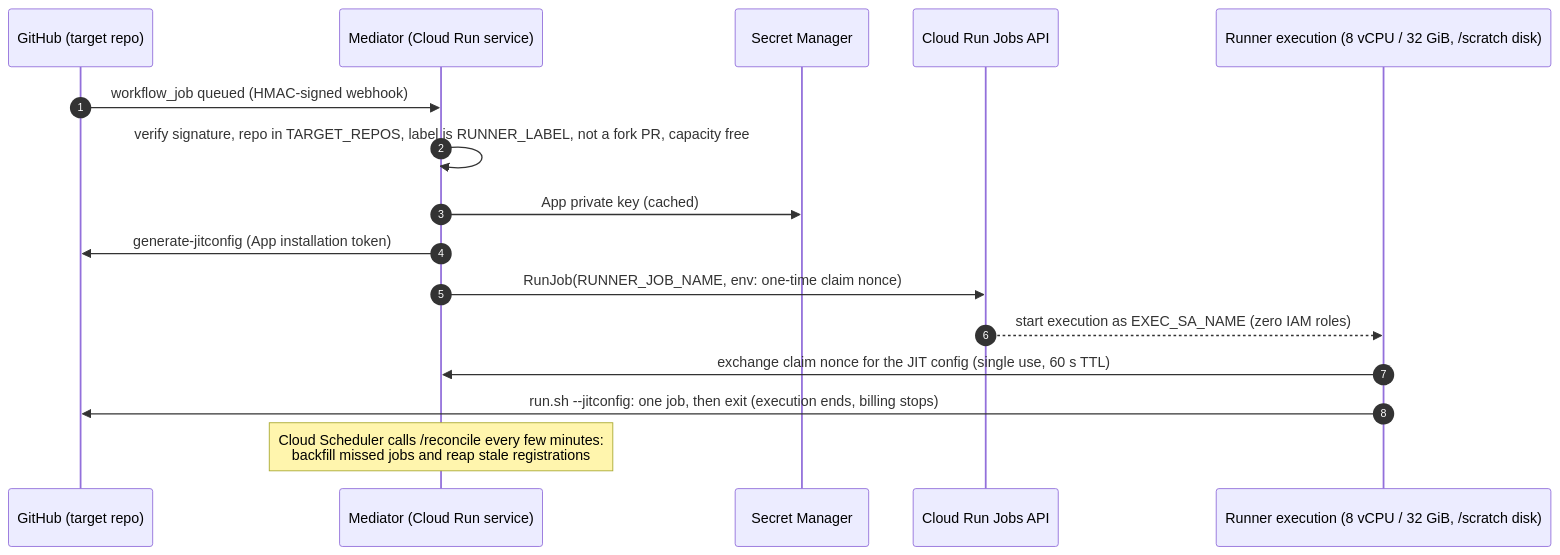
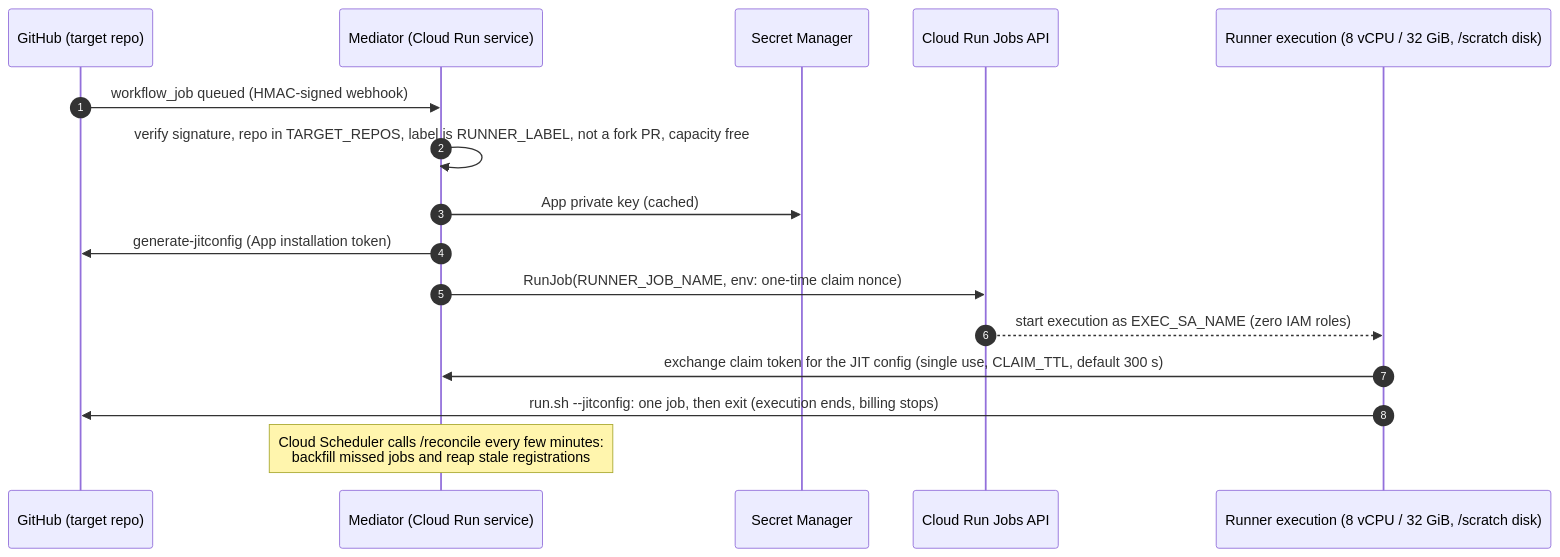
Before and after one commit to GoogleCloudPlatform/scion: the diagram in cr-ci/README.md, drawn with Mermaid. The commit also changed other lines of this file and 4 other files, not shown here.

First line of the commit message:
cr-ci: document the P2 mediator behaviour (flow, claim contract, max-instances=1, events, rotation)

````diff
--- a/cr-ci/README.md
+++ b/cr-ci/README.md
@@ -24,18 +24,18 @@
 ```mermaid
 sequenceDiagram
     autonumber
     participant GH as GitHub (target repo)
     participant Med as Mediator (Cloud Run service)
     participant SM as Secret Manager
     participant CR as Cloud Run Jobs API
     participant Run as Runner execution (8 vCPU / 32 GiB, /scratch disk)
     GH->>Med: workflow_job queued (HMAC-signed webhook)
     Med->>Med: verify signature, repo in TARGET_REPOS, label is RUNNER_LABEL, not a fork PR, capacity free
     Med->>SM: App private key (cached)
     Med->>GH: generate-jitconfig (App installation token)
     Med->>CR: RunJob(RUNNER_JOB_NAME, env: one-time claim nonce)
     CR-->>Run: start execution as EXEC_SA_NAME (zero IAM roles)
-    Run->>Med: exchange claim nonce for the JIT config (single use, 60 s TTL)
+    Run->>Med: exchange claim token for the JIT config (single use, CLAIM_TTL, default 300 s)
     Run->>GH: run.sh --jitconfig: one job, then exit (execution ends, billing stops)
     Note over Med: Cloud Scheduler calls /reconcile every few minutes:<br/>backfill missed jobs and reap stale registrations
 ```
````
